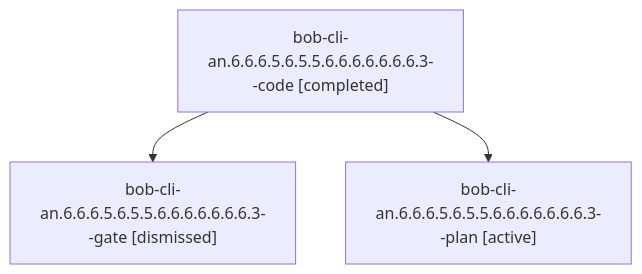
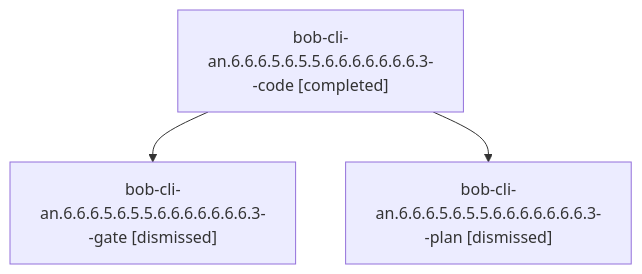
One commit to bobs-org/bob-cli--agents changed the diagram in sessions/bbugyi200.athena.bob-cli-an.6.6.6.5.6.5.5.6.6.6.6.6.6.6.3.md. Above: the diagram before and after it, drawn with Mermaid. The commit also changed other lines of this file and 485 other files, not shown here.

````diff
--- a/sessions/bbugyi200.athena.bob-cli-an.6.6.6.5.6.5.5.6.6.6.6.6.6.6.3.md
+++ b/sessions/bbugyi200.athena.bob-cli-an.6.6.6.5.6.5.5.6.6.6.6.6.6.6.3.md
@@ -9,8 +9,8 @@
 ```mermaid
 flowchart TD
   n0["bob-cli-an.6.6.6.5.6.5.5.6.6.6.6.6.6.6.3--code [completed]"]
   n1["bob-cli-an.6.6.6.5.6.5.5.6.6.6.6.6.6.6.3--gate [dismissed]"]
   n0 --> n1
-  n2["bob-cli-an.6.6.6.5.6.5.5.6.6.6.6.6.6.6.3--plan [active]"]
+  n2["bob-cli-an.6.6.6.5.6.5.5.6.6.6.6.6.6.6.3--plan [dismissed]"]
   n0 --> n2
 ```
````
